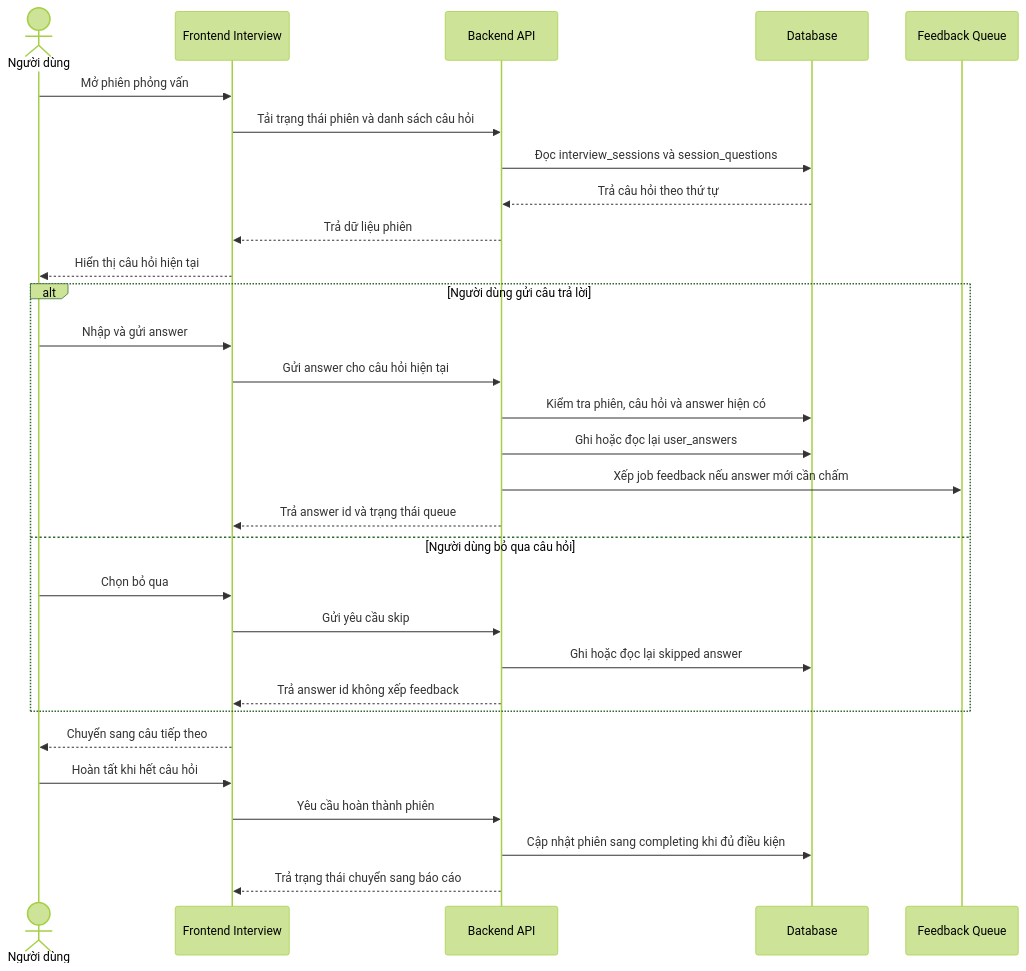
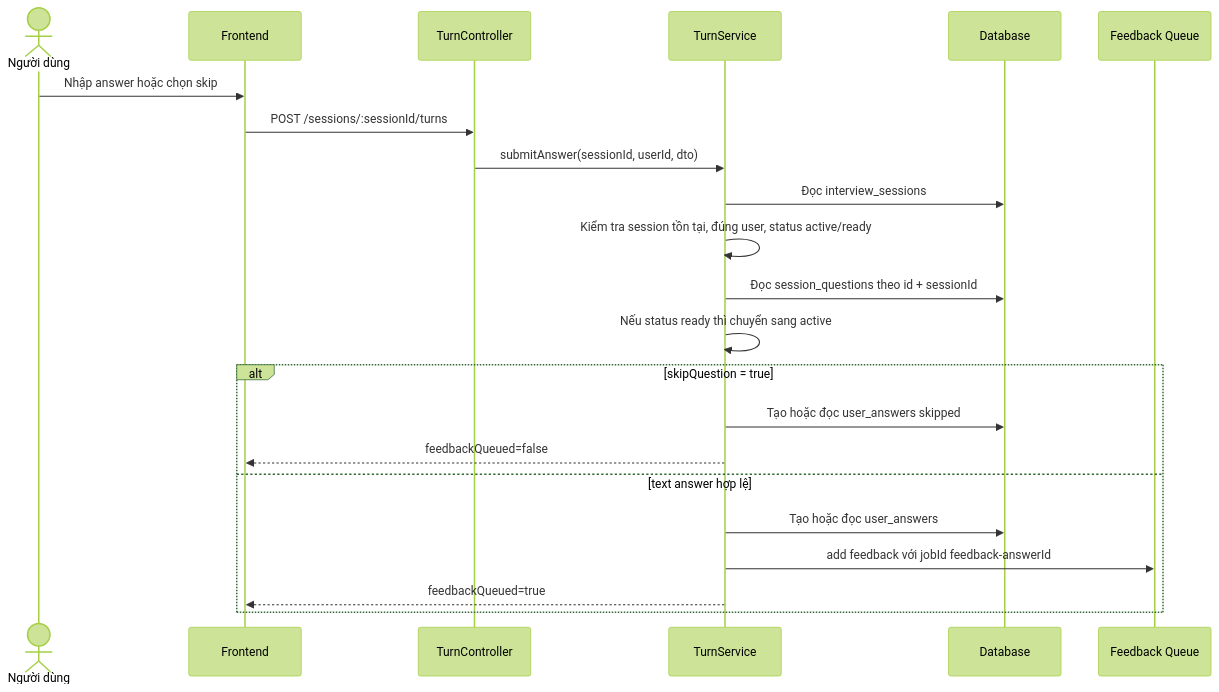
The eighth of 18 diagrams in docs/final_report/Chuong4.md (lethanhan01/interview-coach), drawn with Mermaid (forest theme) before and after one commit. The commit also changed other lines of this file and 2 other files, not shown here.

Commit message:
Sửa lại tài liệu tí

````diff
--- a/docs/final_report/Chuong4.md
+++ b/docs/final_report/Chuong4.md
@@ -520,35 +569,26 @@
 ```mermaid
 sequenceDiagram
     actor User as Người dùng
-    participant FE as Frontend Interview
-    participant API as Backend API
+    participant FE as Frontend
+    participant API as TurnController
+    participant SVC as TurnService
     participant DB as Database
-    participant Q as Feedback Queue
+    participant FQ as Feedback Queue
 
-    User->>FE: Mở phiên phỏng vấn
-    FE->>API: Tải trạng thái phiên và danh sách câu hỏi
-    API->>DB: Đọc interview_sessions và session_questions
-    DB-->>API: Trả câu hỏi theo thứ tự
-    API-->>FE: Trả dữ liệu phiên
-    FE-->>User: Hiển thị câu hỏi hiện tại
+    User->>FE: Nhập answer hoặc chọn skip
+    FE->>API: POST /sessions/:sessionId/turns
+    API->>SVC: submitAnswer(sessionId, userId, dto)
+    SVC->>DB: Đọc interview_sessions
+    SVC->>SVC: Kiểm tra session tồn tại, đúng user, status active/ready
+    SVC->>DB: Đọc session_questions theo id + sessionId
+    SVC->>SVC: Nếu status ready thì chuyển sang active
 
-    alt Người dùng gửi câu trả lời
-        User->>FE: Nhập và gửi answer
-        FE->>API: Gửi answer cho câu hỏi hiện tại
-        API->>DB: Kiểm tra phiên, câu hỏi và answer hiện có
-        API->>DB: Ghi hoặc đọc lại user_answers
-        API->>Q: Xếp job feedback nếu answer mới cần chấm
-        API-->>FE: Trả answer id và trạng thái queue
-    else Người dùng bỏ qua câu hỏi
-        User->>FE: Chọn bỏ qua
-        FE->>API: Gửi yêu cầu skip
-        API->>DB: Ghi hoặc đọc lại skipped answer
-        API-->>FE: Trả answer id không xếp feedback
+    alt skipQuestion = true
+        SVC->>DB: Tạo hoặc đọc user_answers skipped
+        SVC-->>FE: feedbackQueued=false
+    else text answer hợp lệ
+        SVC->>DB: Tạo hoặc đọc user_answers
+        SVC->>FQ: add feedback với jobId feedback-answerId
+        SVC-->>FE: feedbackQueued=true
     end
-
-    FE-->>User: Chuyển sang câu tiếp theo
-    User->>FE: Hoàn tất khi hết câu hỏi
-    FE->>API: Yêu cầu hoàn thành phiên
-    API->>DB: Cập nhật phiên sang completing khi đủ điều kiện
-    API-->>FE: Trả trạng thái chuyển sang báo cáo
 ```
````
